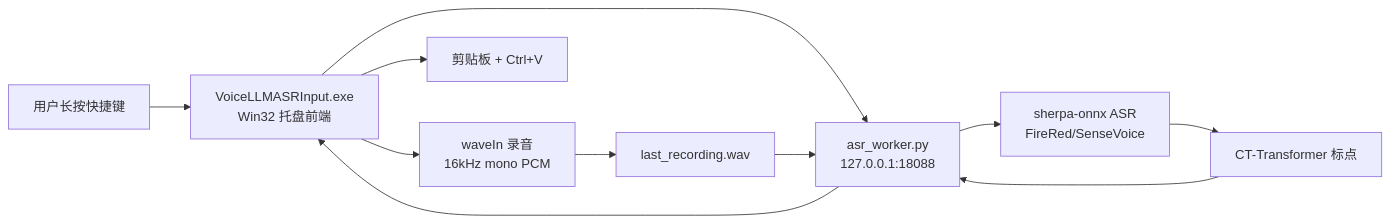
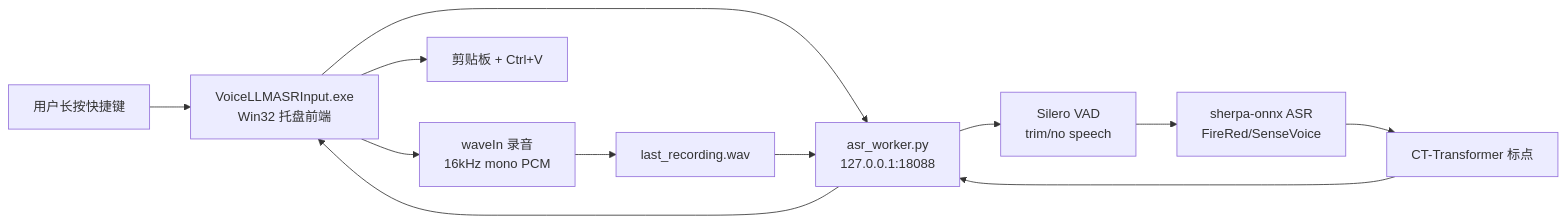
One commit to melody0709/Voice_LLM_ASR_Input changed the first of 2 diagrams in ARCHITECTURE.md. Above: the diagram before and after it, drawn with Mermaid. The commit also changed other lines of this file and 6 other files, not shown here.

````diff
--- a/ARCHITECTURE.md
+++ b/ARCHITECTURE.md
@@ -7,13 +7,14 @@
 ```mermaid
 flowchart LR
     User["用户长按快捷键"] --> Frontend["VoiceLLMASRInput.exe<br/>Win32 托盘前端"]
     Frontend --> Recorder["waveIn 录音<br/>16kHz mono PCM"]
     Recorder --> Wav["last_recording.wav"]
     Frontend --> Worker["asr_worker.py<br/>127.0.0.1:18088"]
     Wav --> Worker
-    Worker --> ASR["sherpa-onnx ASR<br/>FireRed/SenseVoice"]
+    Worker --> VAD["Silero VAD<br/>trim/no speech"]
+    VAD --> ASR["sherpa-onnx ASR<br/>FireRed/SenseVoice"]
     ASR --> Punct["CT-Transformer 标点"]
     Punct --> Worker
     Worker --> Frontend
     Frontend --> Inject["剪贴板 + Ctrl+V"]
 ```
````
